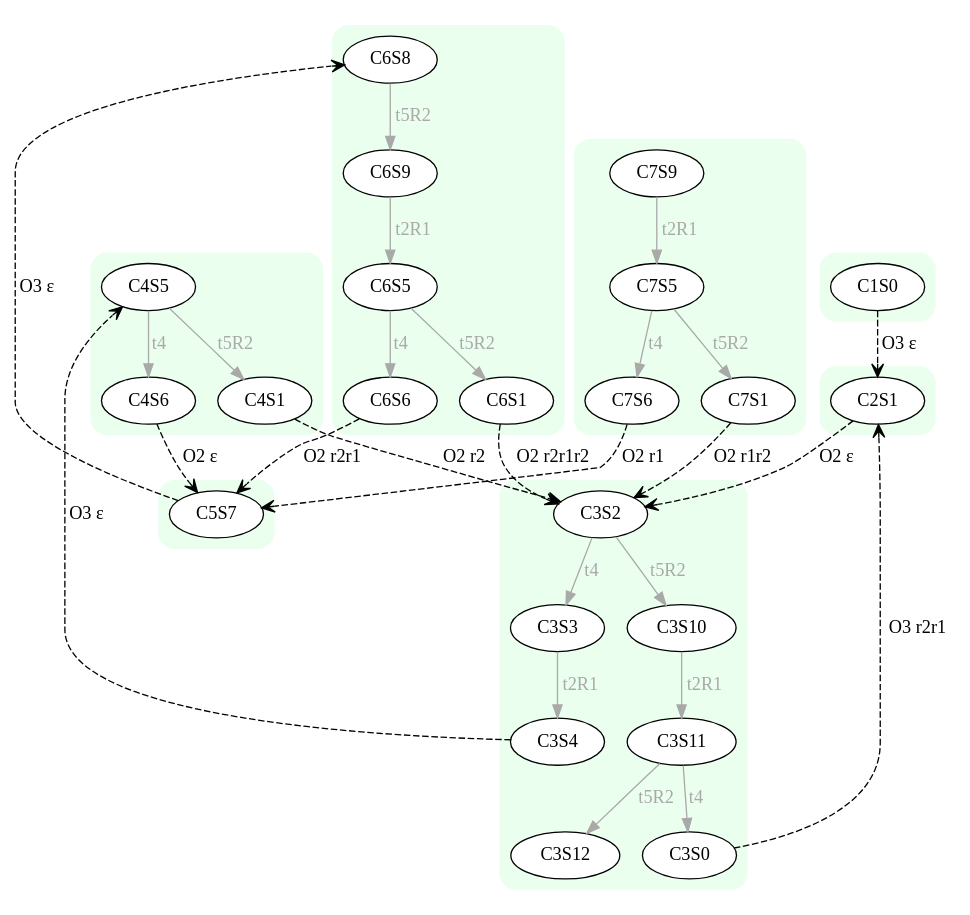
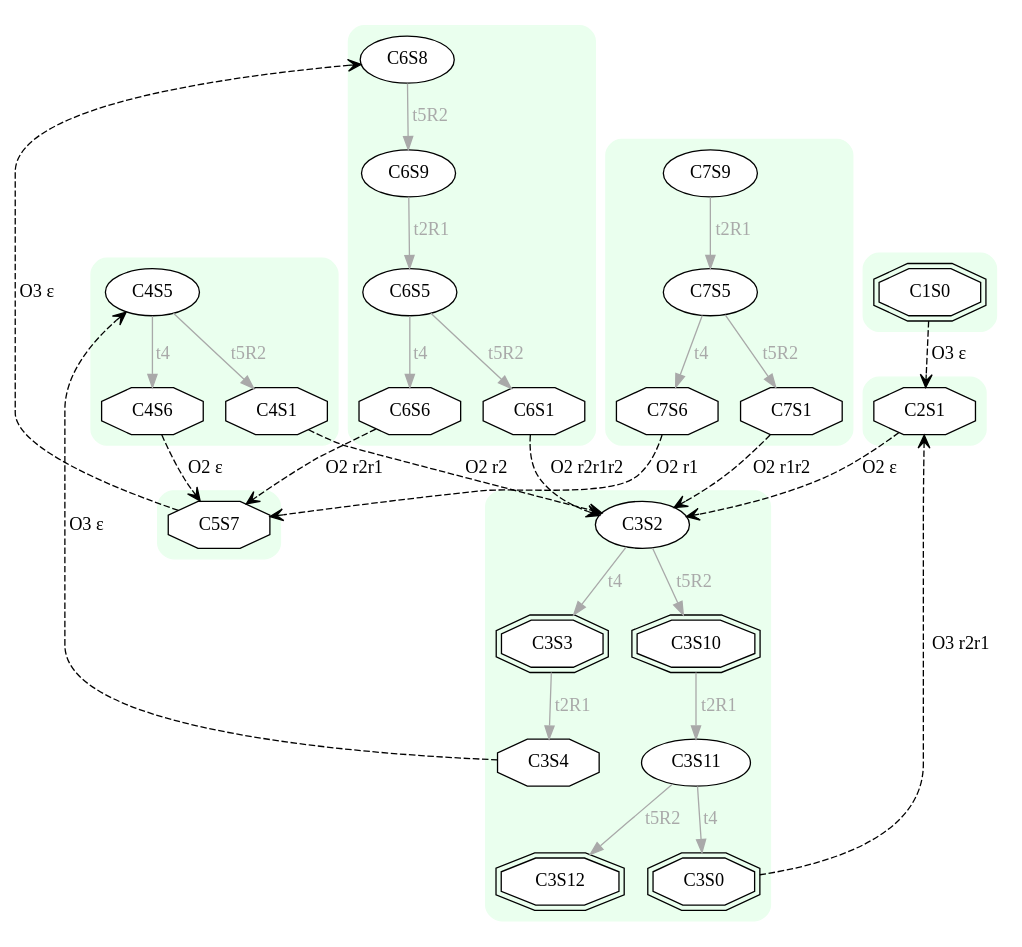
Before and after one commit to Stefano-BS/Explanatory-Diagnosis: the diagram in input/e_EXP.dot, drawn with Graphviz. The commit also changed 63 other files, not shown here.

Commit message:
Made interaction menu (instead of sequence): will be more flexible. Tweaks for final states.

```diff
--- a/input/e_EXP.dot
+++ b/input/e_EXP.dot
@@ -1,79 +1,79 @@
 digraph "EXPinput/e" {
 node [style=filled fillcolor=white]
 subgraph cluster1 {
 style="rounded,filled" color="#EAFFEE"
 edge[color=darkgray fontcolor=darkgray]
-C1S0 ;
+node [shape=doubleoctagon]; C1S0 ;
 }
 subgraph cluster2 {
 style="rounded,filled" color="#EAFFEE"
 edge[color=darkgray fontcolor=darkgray]
-C2S1 ;
+node [shape=octagon]; C2S1 ;
 }
 subgraph cluster3 {
 style="rounded,filled" color="#EAFFEE"
 edge[color=darkgray fontcolor=darkgray]
-C3S2 ;
-C3S0 ;
-C3S3 ;
-C3S4 ;
-C3S10 ;
-C3S11 ;
-C3S12 ;
+node [shape=oval]; C3S2 ;
+node [shape=doubleoctagon]; C3S0 ;
+node [shape=doubleoctagon]; C3S3 ;
+node [shape=octagon]; C3S4 ;
+node [shape=doubleoctagon]; C3S10 ;
+node [shape=oval]; C3S11 ;
+node [shape=doubleoctagon]; C3S12 ;
 C3S2 -> C3S3 [label=t4]
 C3S2 -> C3S10 [label=t5R2]
 C3S3 -> C3S4 [label=t2R1]
 C3S10 -> C3S11 [label=t2R1]
 C3S11 -> C3S0 [label=t4]
 C3S11 -> C3S12 [label=t5R2]
 }
 subgraph cluster4 {
 style="rounded,filled" color="#EAFFEE"
 edge[color=darkgray fontcolor=darkgray]
-C4S5 ;
-C4S1 ;
-C4S6 ;
+node [shape=oval]; C4S5 ;
+node [shape=octagon]; C4S1 ;
+node [shape=octagon]; C4S6 ;
 C4S5 -> C4S6 [label=t4]
 C4S5 -> C4S1 [label=t5R2]
 }
 subgraph cluster5 {
 style="rounded,filled" color="#EAFFEE"
 edge[color=darkgray fontcolor=darkgray]
-C5S7 ;
+node [shape=octagon]; C5S7 ;
 }
 subgraph cluster6 {
 style="rounded,filled" color="#EAFFEE"
 edge[color=darkgray fontcolor=darkgray]
-C6S8 ;
-C6S5 ;
-C6S6 ;
-C6S1 ;
-C6S9 ;
+node [shape=oval]; C6S8 ;
+node [shape=oval]; C6S5 ;
+node [shape=octagon]; C6S6 ;
+node [shape=octagon]; C6S1 ;
+node [shape=oval]; C6S9 ;
 C6S8 -> C6S9 [label=t5R2]
 C6S5 -> C6S6 [label=t4]
 C6S5 -> C6S1 [label=t5R2]
 C6S9 -> C6S5 [label=t2R1]
 }
 subgraph cluster7 {
 style="rounded,filled" color="#EAFFEE"
 edge[color=darkgray fontcolor=darkgray]
-C7S9 ;
-C7S5 ;
-C7S6 ;
-C7S1 ;
+node [shape=oval]; C7S9 ;
+node [shape=oval]; C7S5 ;
+node [shape=octagon]; C7S6 ;
+node [shape=octagon]; C7S1 ;
 C7S9 -> C7S5 [label=t2R1]
 C7S5 -> C7S6 [label=t4]
 C7S5 -> C7S1 [label=t5R2]
 }
-C1S0 -> C2S1 [style=dashed arrowhead=vee ltail=cluster1 lhead=cluster2 label="O3 ε"]
-C2S1 -> C3S2 [style=dashed arrowhead=vee ltail=cluster2 lhead=cluster3 label="O2 ε"]
-C3S0 -> C2S1 [style=dashed arrowhead=vee ltail=cluster3 lhead=cluster2 label="O3 r2r1"]
-C3S4 -> C4S5 [style=dashed arrowhead=vee ltail=cluster3 lhead=cluster4 label="O3 ε"]
-C4S1 -> C3S2 [style=dashed arrowhead=vee ltail=cluster4 lhead=cluster3 label="O2 r2"]
-C4S6 -> C5S7 [style=dashed arrowhead=vee ltail=cluster4 lhead=cluster5 label="O2 ε"]
-C5S7 -> C6S8 [style=dashed arrowhead=vee ltail=cluster5 lhead=cluster6 label="O3 ε"]
-C6S1 -> C3S2 [style=dashed arrowhead=vee ltail=cluster6 lhead=cluster3 label="O2 r2r1r2"]
-C6S6 -> C5S7 [style=dashed arrowhead=vee ltail=cluster6 lhead=cluster5 label="O2 r2r1"]
-C7S1 -> C3S2 [style=dashed arrowhead=vee ltail=cluster7 lhead=cluster3 label="O2 r1r2"]
-C7S6 -> C5S7 [style=dashed arrowhead=vee ltail=cluster7 lhead=cluster5 label="O2 r1"]
+C1S0 -> C2S1 [style=dashed arrowhead=vee label="O3 ε"]
+C2S1 -> C3S2 [style=dashed arrowhead=vee label="O2 ε"]
+C3S0 -> C2S1 [style=dashed arrowhead=vee label="O3 r2r1"]
+C3S4 -> C4S5 [style=dashed arrowhead=vee label="O3 ε"]
+C4S1 -> C3S2 [style=dashed arrowhead=vee label="O2 r2"]
+C4S6 -> C5S7 [style=dashed arrowhead=vee label="O2 ε"]
+C5S7 -> C6S8 [style=dashed arrowhead=vee label="O3 ε"]
+C6S1 -> C3S2 [style=dashed arrowhead=vee label="O2 r2r1r2"]
+C6S6 -> C5S7 [style=dashed arrowhead=vee label="O2 r2r1"]
+C7S1 -> C3S2 [style=dashed arrowhead=vee label="O2 r1r2"]
+C7S6 -> C5S7 [style=dashed arrowhead=vee label="O2 r1"]
 }
```
